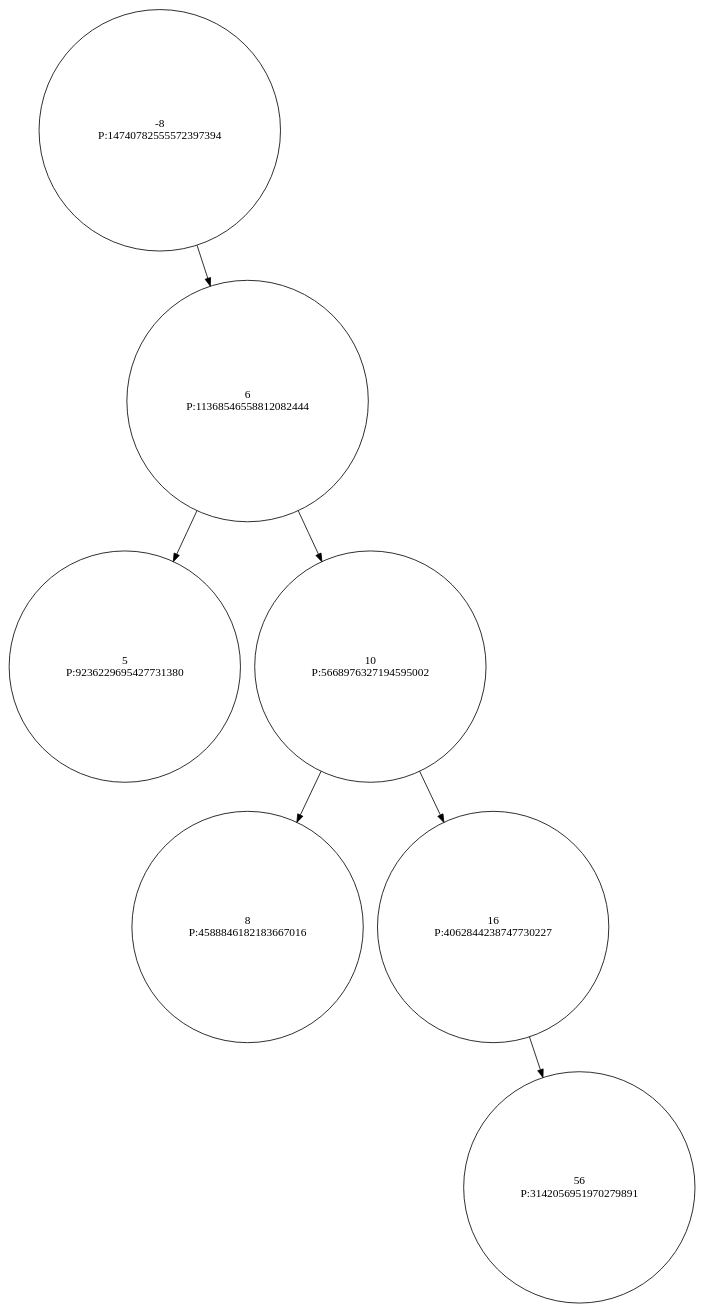
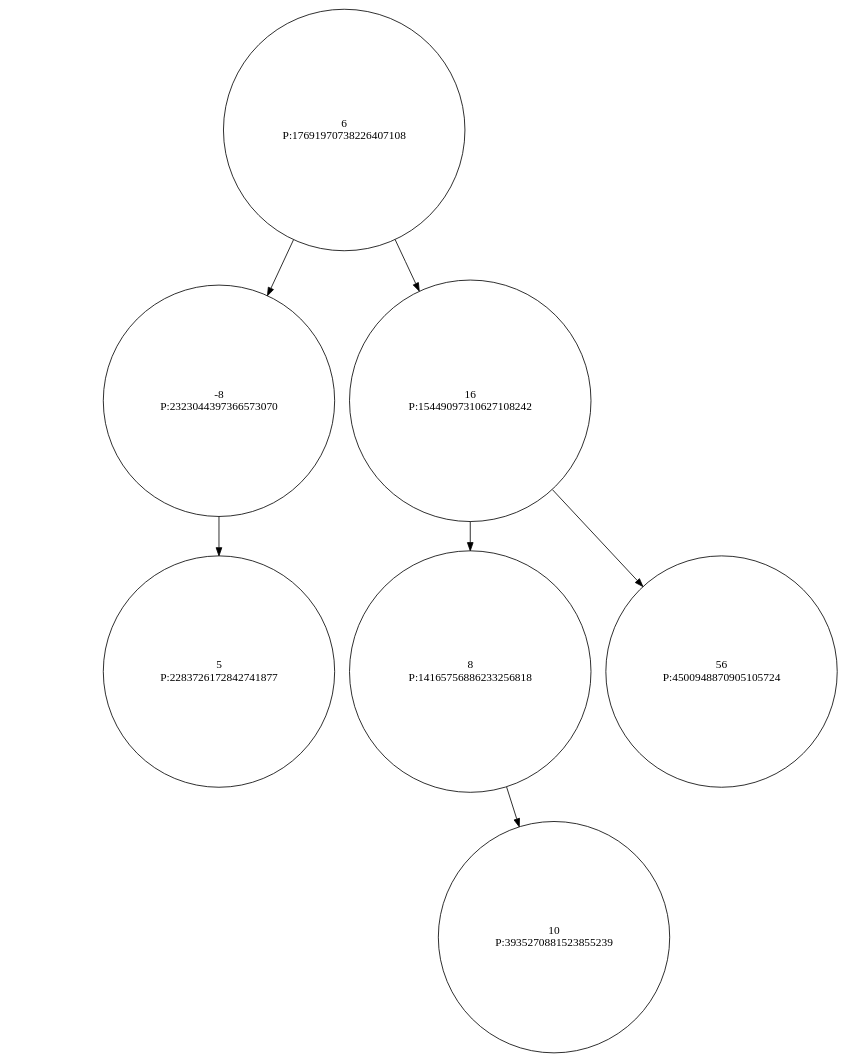
The diagram in data/output/dot/treap1.dot (Ritaa-Marie/Trabalho-Arvores-AEDES2), drawn with Graphviz before and after one commit. The commit also changed 15 other files, not shown here.

```diff
--- a/data/output/dot/treap1.dot
+++ b/data/output/dot/treap1.dot
@@ -1,20 +1,20 @@
 digraph Treap {
    node [shape=circle];
-  -8 [label="-8\nP:14740782555572397394"];
+  6 [label="6\nP:17691970738226407108"];
+  "6" -> "-8";
+  -8 [label="-8\nP:2323044397366573070"];
   "null_l_-8" [style=invis];
   "-8" -> "null_l_-8" [style=invis];
-  "-8" -> "6";
-  6 [label="6\nP:11368546558812082444"];
-  "6" -> "5";
-  5 [label="5\nP:9236229695427731380"];
-  "6" -> "10";
-  10 [label="10\nP:5668976327194595002"];
-  "10" -> "8";
-  8 [label="8\nP:4588846182183667016"];
-  "10" -> "16";
-  16 [label="16\nP:4062844238747730227"];
-  "null_l_16" [style=invis];
-  "16" -> "null_l_16" [style=invis];
+  "-8" -> "5";
+  5 [label="5\nP:2283726172842741877"];
+  "6" -> "16";
+  16 [label="16\nP:15449097310627108242"];
+  "16" -> "8";
+  8 [label="8\nP:14165756886233256818"];
+  "null_l_8" [style=invis];
+  "8" -> "null_l_8" [style=invis];
+  "8" -> "10";
+  10 [label="10\nP:3935270881523855239"];
   "16" -> "56";
-  56 [label="56\nP:3142056951970279891"];
+  56 [label="56\nP:4500948870905105724"];
 }
```
